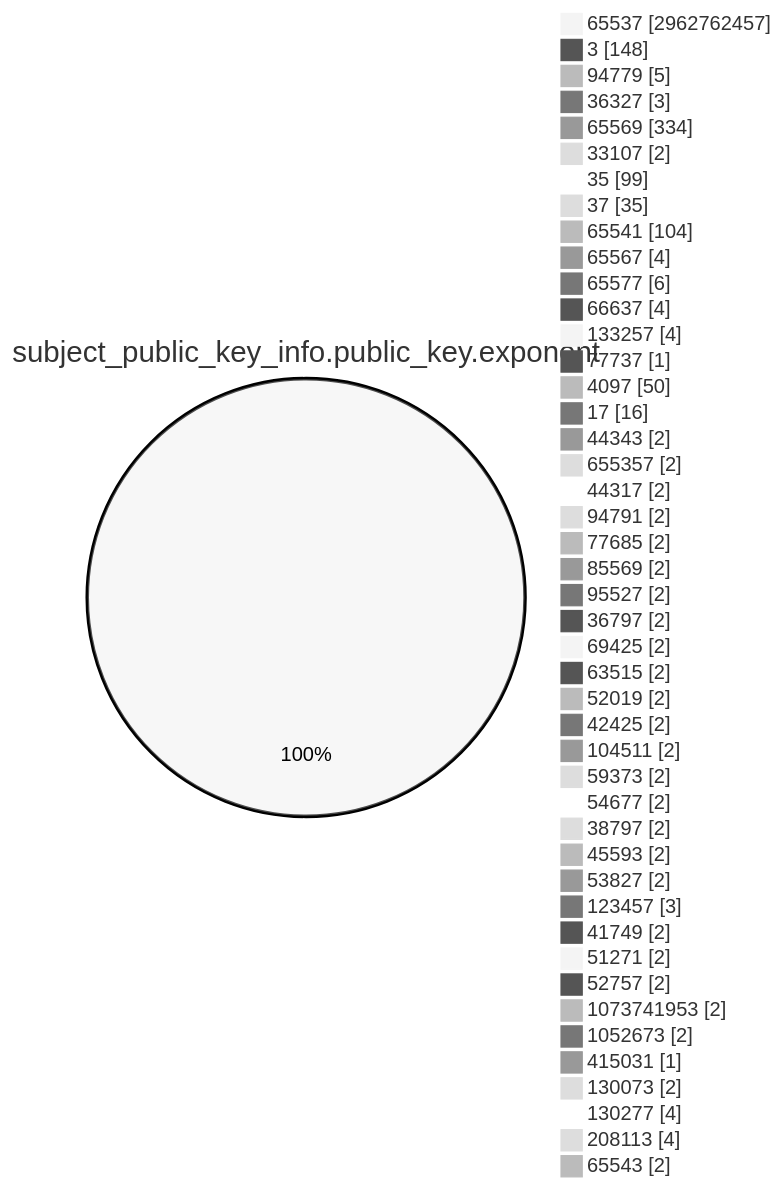
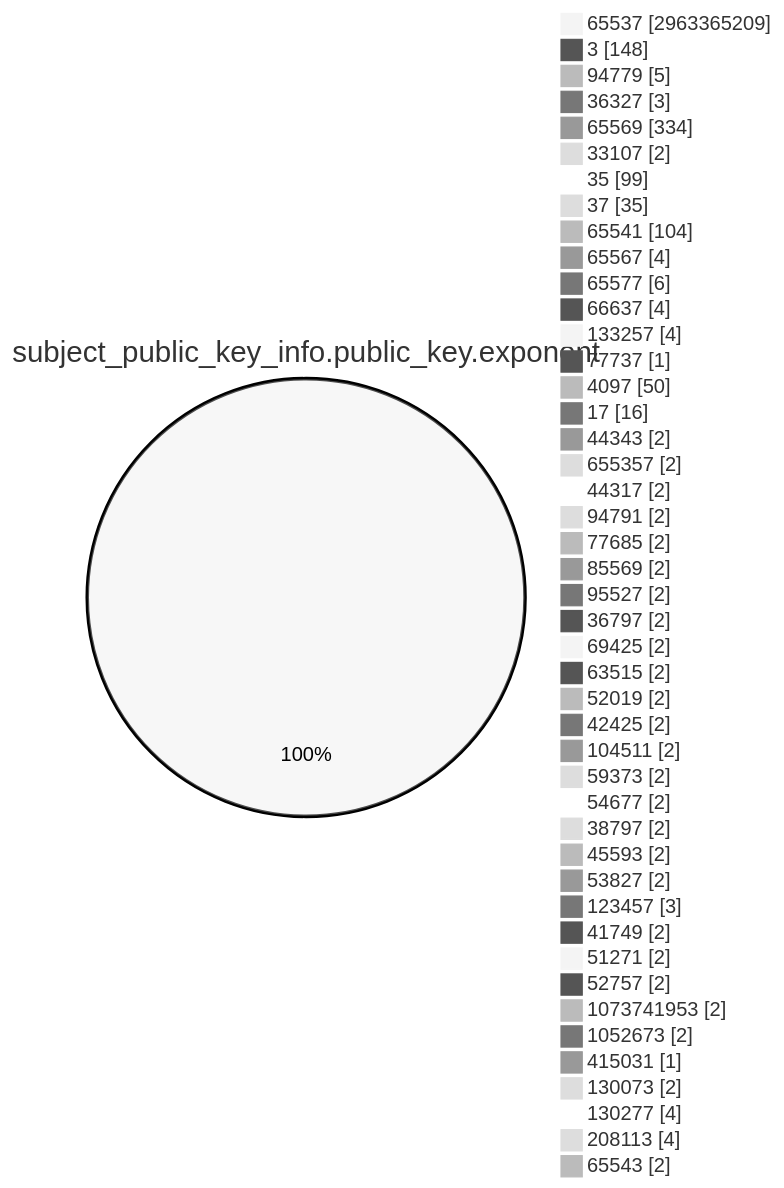
One commit to christiankrug/ctmonitor_visualization changed the fourth of 15 diagrams in TOTAL/README.md. Above: the diagram before and after it, drawn with Mermaid (neutral theme). The commit also changed other lines of this file, not shown here.

````diff
--- a/TOTAL/README.md
+++ b/TOTAL/README.md
@@ -1471,49 +1471,49 @@
 ```mermaid
 pie showData
 title subject_public_key_info.public_key.exponent
-"65537" :2962762457
+"65537" :2963365209
 "3" :148
 "94779" :5
 "36327" :3
 "65569" :334
 "33107" :2
 "35" :99
 "37" :35
 "65541" :104
 "65567" :4
 "65577" :6
 "66637" :4
 "133257" :4
 "77737" :1
 "4097" :50
 "17" :16
 "44343" :2
 "655357" :2
 "44317" :2
 "94791" :2
 "77685" :2
 "85569" :2
 "95527" :2
 "36797" :2
 "69425" :2
 "63515" :2
 "52019" :2
 "42425" :2
 "104511" :2
 "59373" :2
 "54677" :2
 "38797" :2
 "45593" :2
 "53827" :2
 "123457" :3
 "41749" :2
 "51271" :2
 "52757" :2
 "1073741953" :2
 "1052673" :2
 "415031" :1
 "130073" :2
 "130277" :4
 "208113" :4
 "65543" :2
 ```
````
